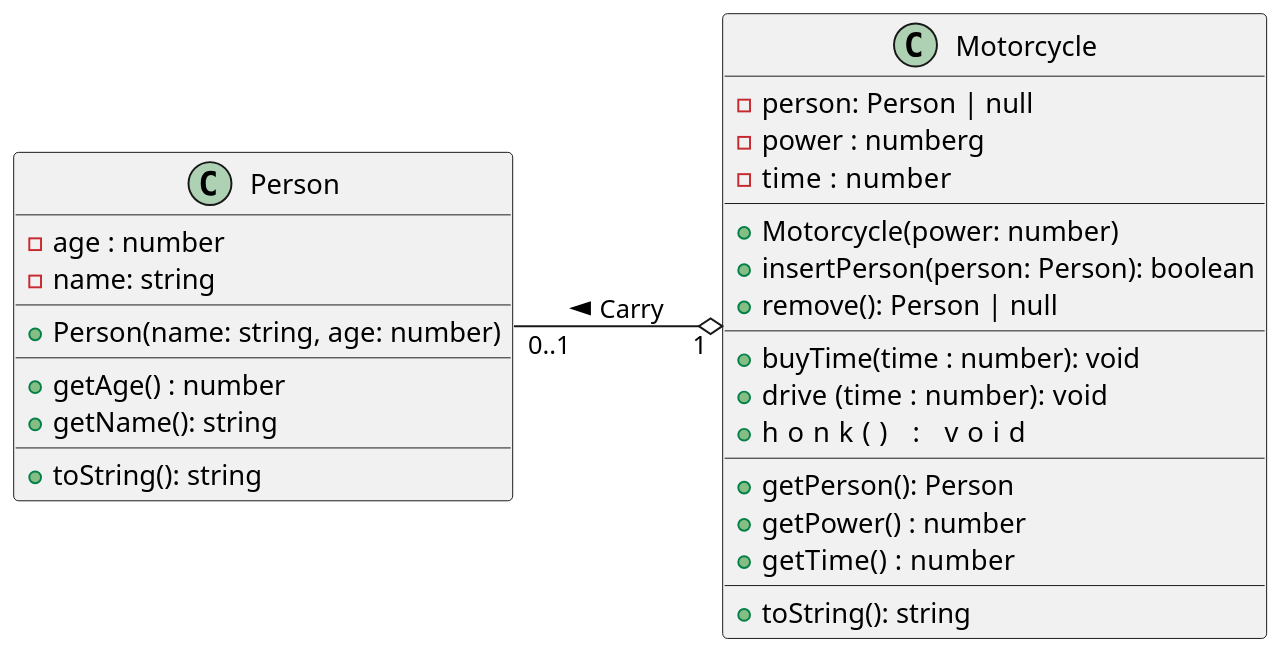
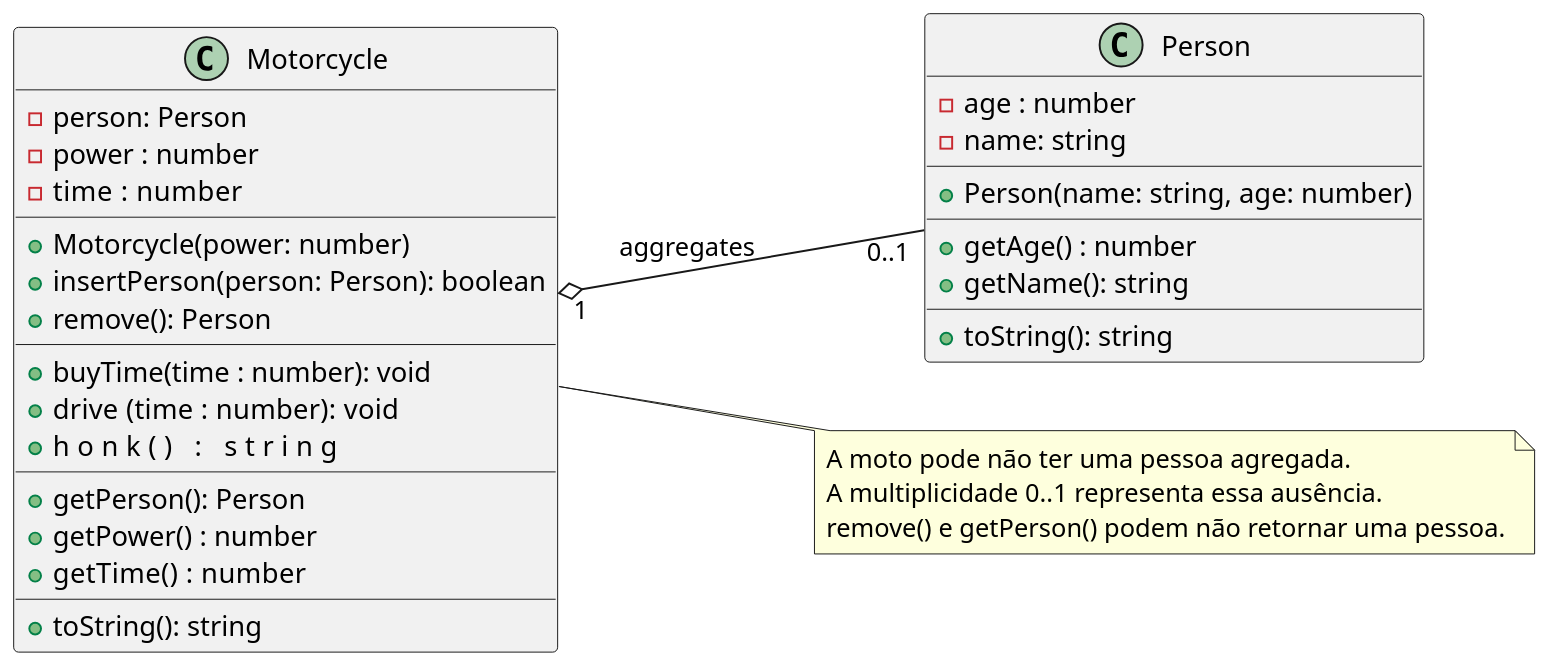
The diagram in labs/motoca/assets/diagrama.puml (qxcodepoo/arcade), drawn with PlantUML before and after one commit. The commit also changed 347 other files, not shown here.

```diff
--- a/labs/motoca/assets/diagrama.puml
+++ b/labs/motoca/assets/diagrama.puml
@@ -1,40 +1,46 @@
 @startuml
 
 skinparam defaultFontName "Source Code Pro"
 skinparam dpi 150
 left to right direction
 
 class Motorcycle {
-  - person: Person | null
-  - power : numberg
+  - person: Person
+  - power : number
   - time  : number
   __
   + Motorcycle(power: number)
   + insertPerson(person: Person): boolean
-  + remove(): Person | null
+  + remove(): Person
   __
   + buyTime(time : number): void
   + drive  (time : number): void
-  + honk()                : void
+  + honk()                : string
   __
   + getPerson(): Person
   + getPower() : number
   + getTime()  : number
   __
   + toString(): string
 }
   
 class Person {
   - age : number
   - name: string
   __
   + Person(name: string, age: number)
   __
   + getAge() : number
   + getName(): string
   __
   + toString(): string
 }
 
-Person "0..1" --o "1" Motorcycle : < Carry
+Motorcycle "1" o-- "0..1" Person : aggregates
+
+note right of Motorcycle
+  A moto pode não ter uma pessoa agregada.
+  A multiplicidade 0..1 representa essa ausência.
+  remove() e getPerson() podem não retornar uma pessoa.
+end note
 @enduml
```
